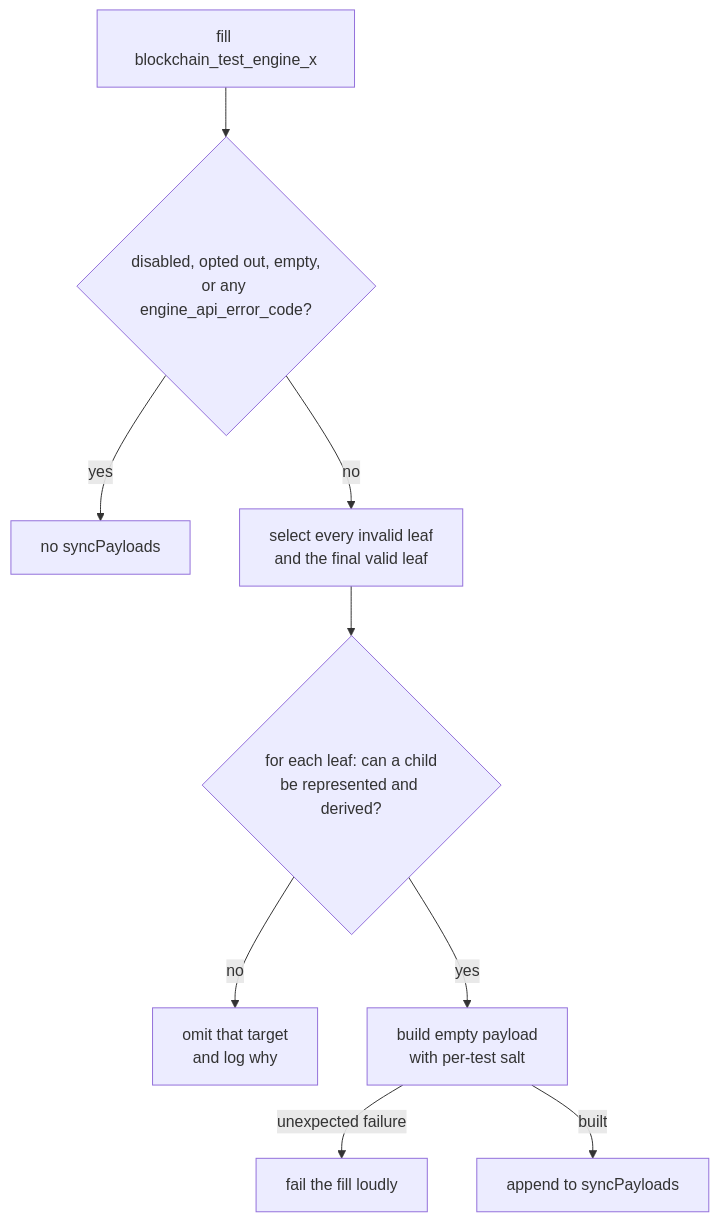
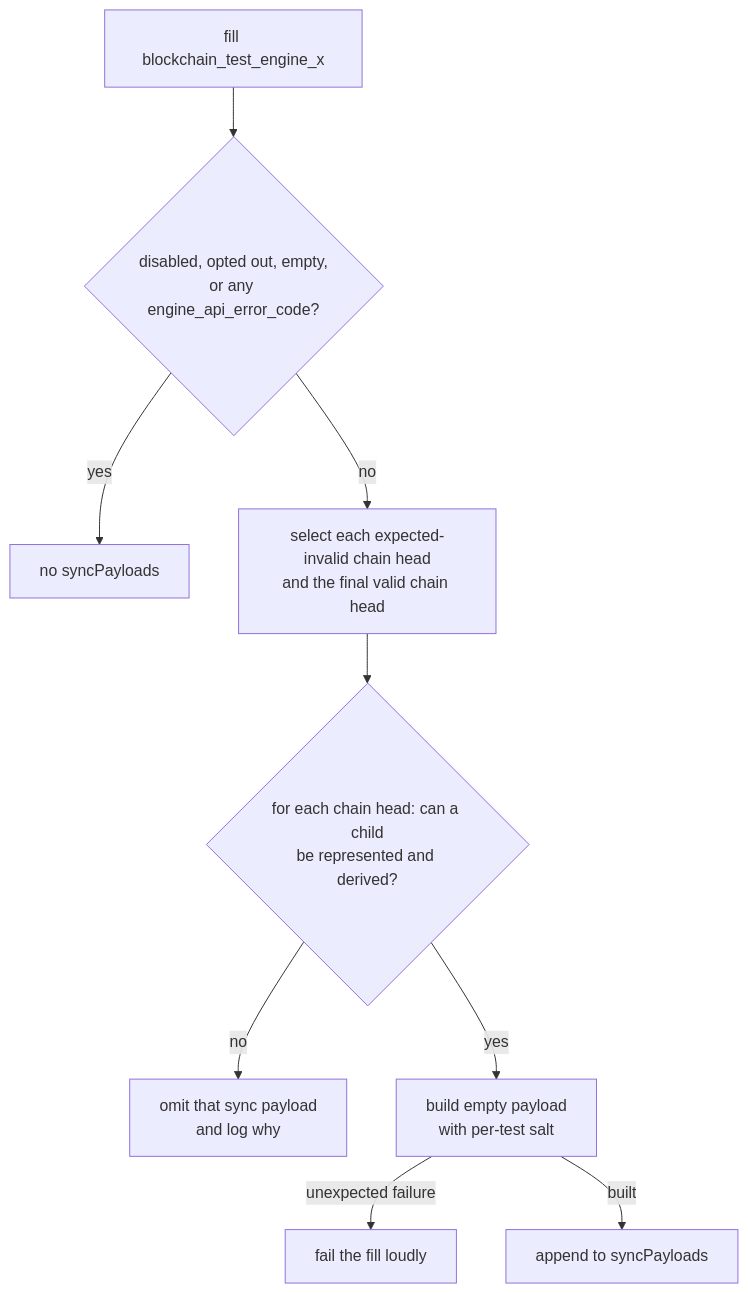
Before and after one commit to ethereum/execution-specs: the diagram in docs/filling_tests/sync_payloads.md, drawn with Mermaid. The commit also changed other lines of this file and 4 other files, not shown here.

Commit message:
docs(test-fill): clarify sync payload documentation

````diff
--- a/docs/filling_tests/sync_payloads.md
+++ b/docs/filling_tests/sync_payloads.md
@@ -75,11 +83,11 @@
 ```mermaid
 flowchart TD
     A[fill blockchain_test_engine_x] --> B{disabled, opted out, empty,<br/>or any engine_api_error_code?}
     B -- yes --> NONE[no syncPayloads]
-    B -- no --> C[select every invalid leaf<br/>and the final valid leaf]
-    C --> D{for each leaf: can a child<br/>be represented and derived?}
-    D -- no --> OMIT[omit that target<br/>and log why]
+    B -- no --> C[select each expected-invalid chain head<br/>and the final valid chain head]
+    C --> D{for each chain head: can a child<br/>be represented and derived?}
+    D -- no --> OMIT[omit that sync payload<br/>and log why]
     D -- yes --> E[build empty payload<br/>with per-test salt]
     E -- unexpected failure --> ERR[fail the fill loudly]
     E -- built --> LIST[append to syncPayloads]
 ```
````
